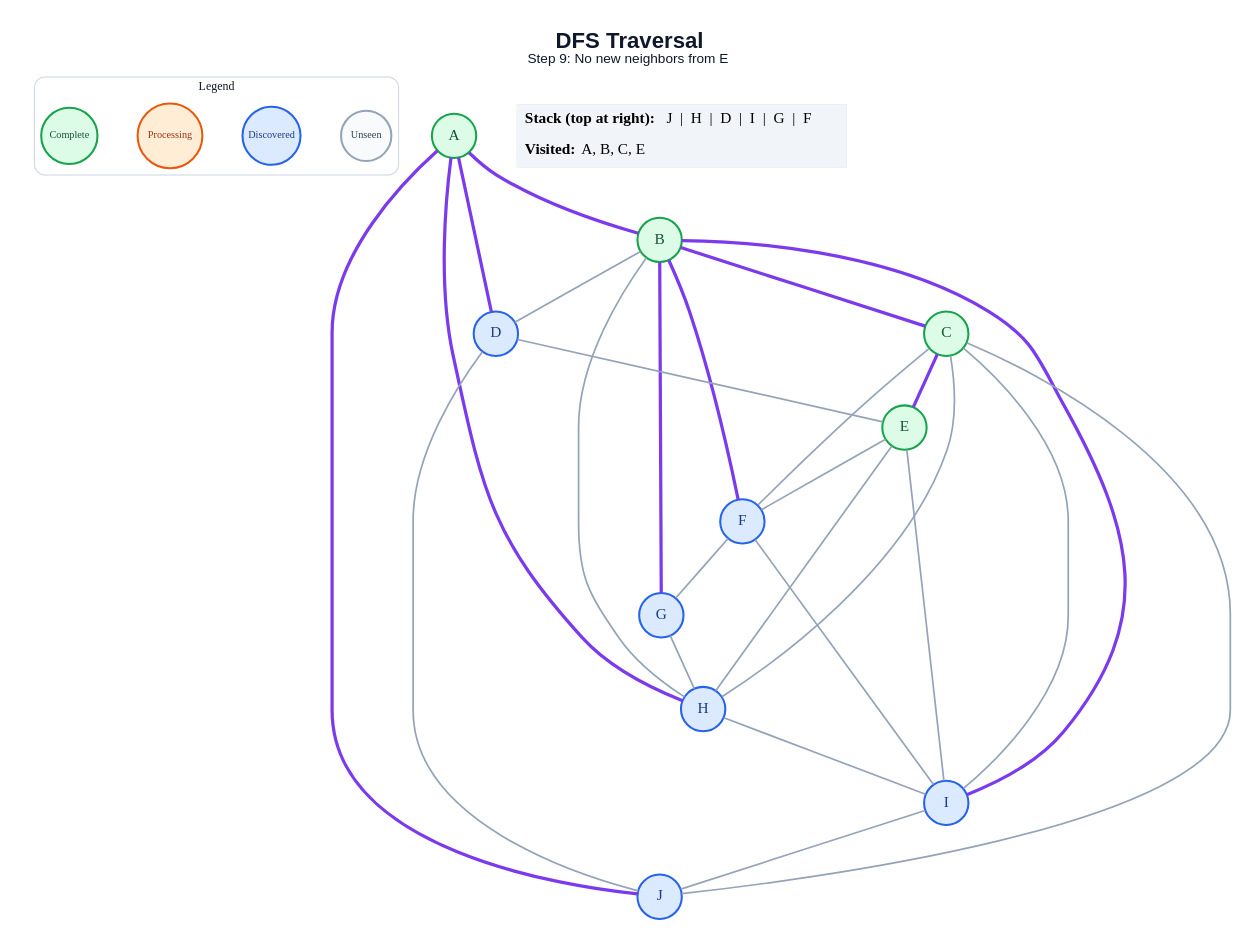
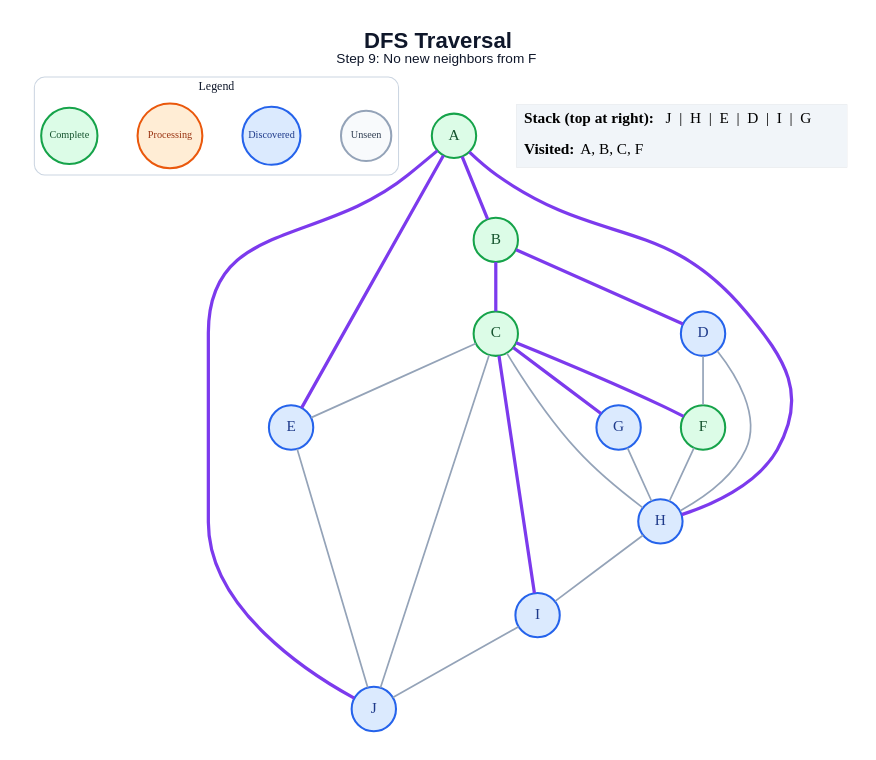
The diagram in generated/dfs/step_09.dot (amanghodawala9/ai-slop), drawn with Graphviz before and after one commit. The commit also changed 178 other files, not shown here.

```diff
--- a/generated/dfs/step_09.dot
+++ b/generated/dfs/step_09.dot
@@ -1,54 +1,48 @@
 graph traversal {
   graph [layout=dot, rankdir=TB, bgcolor="#FFFFFF", pad="0.35", nodesep="0.65", ranksep="0.8", fontname="Arial"];
   node [shape=circle, style="filled", fontname="Arial Bold", fontsize=18, width=0.72, fixedsize=true, penwidth=2.4];
   edge [color="#94A3B8", penwidth=2.0];
-  label=<<B>DFS Traversal</B><BR/><FONT POINT-SIZE="16">Step 9: No new neighbors from E</FONT>>; labelloc="t"; fontsize=26; fontname="Arial"; fontcolor="#0F172A";
+  label=<<B>DFS Traversal</B><BR/><FONT POINT-SIZE="16">Step 9: No new neighbors from F</FONT>>; labelloc="t"; fontsize=26; fontname="Arial"; fontcolor="#0F172A";
   subgraph cluster_legend { label="Legend"; color="#CBD5E1"; penwidth=1.2; style="rounded"; fontsize=14; fontname="Arial Bold";
     key_unseen [label="Unseen", fillcolor="#F8FAFC", color="#94A3B8", fontcolor="#334155", fontsize=12, width=0.82];
     key_frontier [label="Discovered", fillcolor="#DBEAFE", color="#2563EB", fontcolor="#1E3A8A", fontsize=12, width=0.95];
     key_current [label="Processing", fillcolor="#FFEDD5", color="#EA580C", fontcolor="#9A3412", fontsize=12, width=1.05];
     key_done [label="Complete", fillcolor="#DCFCE7", color="#16A34A", fontcolor="#14532D", fontsize=12, width=0.92];
     { rank=same; key_unseen; key_frontier; key_current; key_done; }
   }
   A [fillcolor="#DCFCE7", color="#16A34A", fontcolor="#14532D"];
   B [fillcolor="#DCFCE7", color="#16A34A", fontcolor="#14532D"];
   C [fillcolor="#DCFCE7", color="#16A34A", fontcolor="#14532D"];
   D [fillcolor="#DBEAFE", color="#2563EB", fontcolor="#1E3A8A"];
-  E [fillcolor="#DCFCE7", color="#16A34A", fontcolor="#14532D"];
-  F [fillcolor="#DBEAFE", color="#2563EB", fontcolor="#1E3A8A"];
+  E [fillcolor="#DBEAFE", color="#2563EB", fontcolor="#1E3A8A"];
+  F [fillcolor="#DCFCE7", color="#16A34A", fontcolor="#14532D"];
   G [fillcolor="#DBEAFE", color="#2563EB", fontcolor="#1E3A8A"];
   H [fillcolor="#DBEAFE", color="#2563EB", fontcolor="#1E3A8A"];
   I [fillcolor="#DBEAFE", color="#2563EB", fontcolor="#1E3A8A"];
   J [fillcolor="#DBEAFE", color="#2563EB", fontcolor="#1E3A8A"];
   A -- B [color="#7C3AED", penwidth=3.8];
-  A -- D [color="#7C3AED", penwidth=3.8];
+  A -- E [color="#7C3AED", penwidth=3.8];
   A -- H [color="#7C3AED", penwidth=3.8];
   A -- J [color="#7C3AED", penwidth=3.8];
   B -- C [color="#7C3AED", penwidth=3.8];
-  B -- D;
-  B -- F [color="#7C3AED", penwidth=3.8];
-  B -- G [color="#7C3AED", penwidth=3.8];
-  B -- H;
-  B -- I [color="#7C3AED", penwidth=3.8];
-  C -- E [color="#7C3AED", penwidth=3.8];
-  C -- F;
+  B -- D [color="#7C3AED", penwidth=3.8];
+  C -- E;
+  C -- F [color="#7C3AED", penwidth=3.8];
+  C -- G [color="#7C3AED", penwidth=3.8];
   C -- H;
-  C -- I;
+  C -- I [color="#7C3AED", penwidth=3.8];
   C -- J;
-  D -- E;
-  D -- J;
-  E -- F;
-  E -- H;
-  E -- I;
-  F -- G;
-  F -- I;
+  D -- F;
+  D -- H;
+  E -- J;
+  F -- H;
   G -- H;
   H -- I;
   I -- J;
   status [shape=plain, fixedsize=false, width=0, height=0, margin=0, label=<
     <TABLE BORDER="0" CELLBORDER="0" CELLPADDING="7" BGCOLOR="#F1F5F9">
-      <TR><TD ALIGN="LEFT"><B>Stack (top at right):</B> J  |  H  |  D  |  I  |  G  |  F</TD></TR>
-      <TR><TD ALIGN="LEFT"><B>Visited:</B> A, B, C, E</TD></TR>
+      <TR><TD ALIGN="LEFT"><B>Stack (top at right):</B> J  |  H  |  E  |  D  |  I  |  G</TD></TR>
+      <TR><TD ALIGN="LEFT"><B>Visited:</B> A, B, C, F</TD></TR>
     </TABLE>
   >];
 }
```
